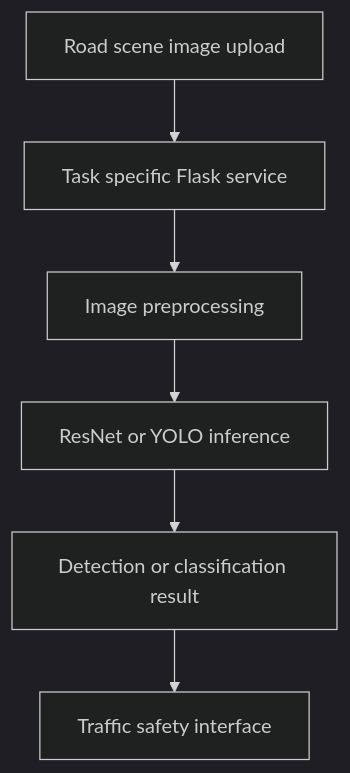
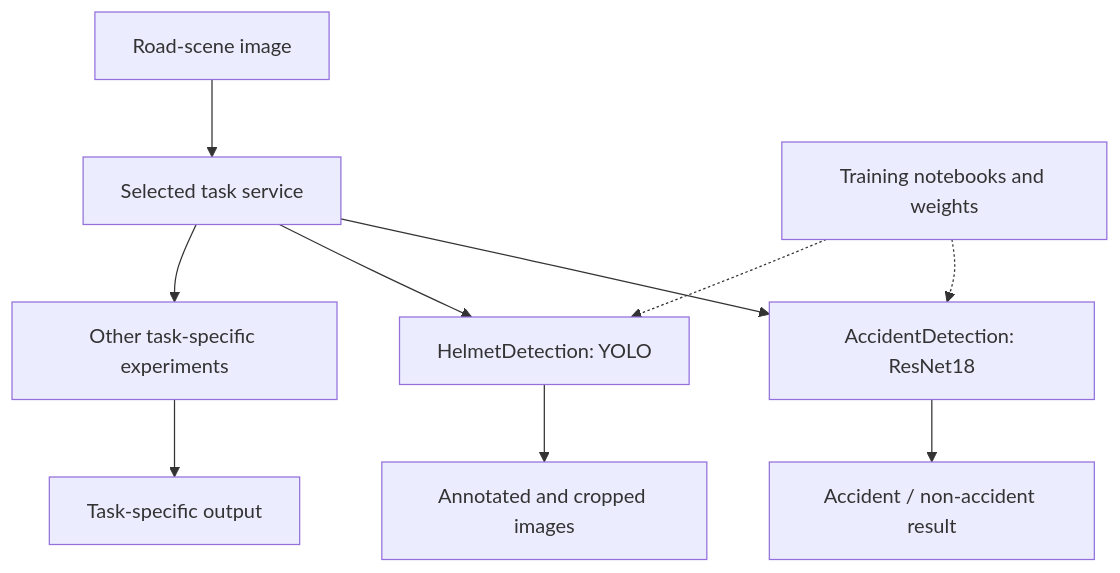
Before and after one commit to ryash14/UrbanFlow: the diagram in README.md, drawn with Mermaid. The commit also changed other lines of this file and 5 other files, not shown here.

Commit message:
docs: explain purpose, architecture, usage and contribution workflow

````diff
--- a/README.md
+++ b/README.md
@@ -7,15 +49,12 @@
 ```mermaid
-%%{init: {'theme': 'dark'}}%%
-flowchart TD
-    N0["Road scene image upload"]
-    N1["Task specific Flask service"]
-    N2["Image preprocessing"]
-    N3["ResNet or YOLO inference"]
-    N4["Detection or classification result"]
-    N5["Traffic safety interface"]
-    N0 --> N1
-    N1 --> N2
-    N2 --> N3
-    N3 --> N4
-    N4 --> N5
+flowchart TB
+    Image["Road-scene image"] --> Task["Selected task service"]
+    Task --> Accident["AccidentDetection: ResNet18"]
+    Task --> Helmet["HelmetDetection: YOLO"]
+    Task --> Other["Other task-specific experiments"]
+    Accident --> Class["Accident / non-accident result"]
+    Helmet --> Annotated["Annotated and cropped images"]
+    Other --> Results["Task-specific output"]
+    Notebooks["Training notebooks and weights"] -.-> Accident
+    Notebooks -.-> Helmet
 ```
````
